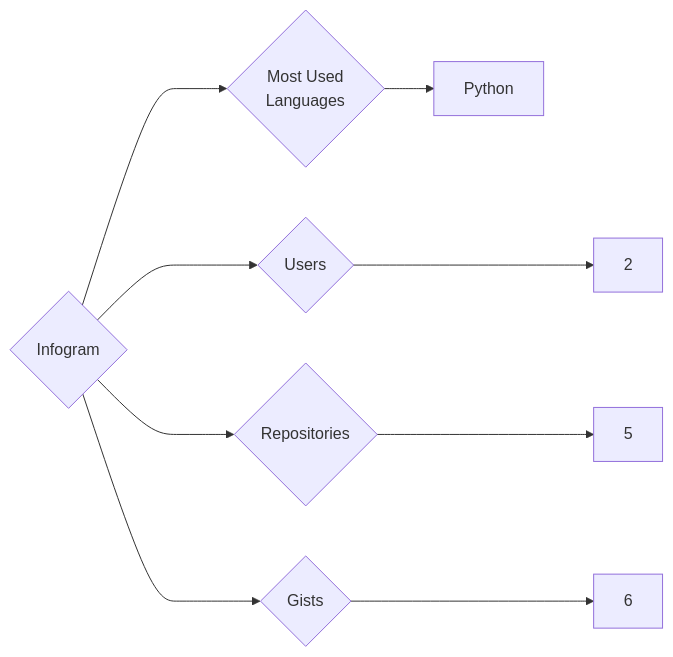
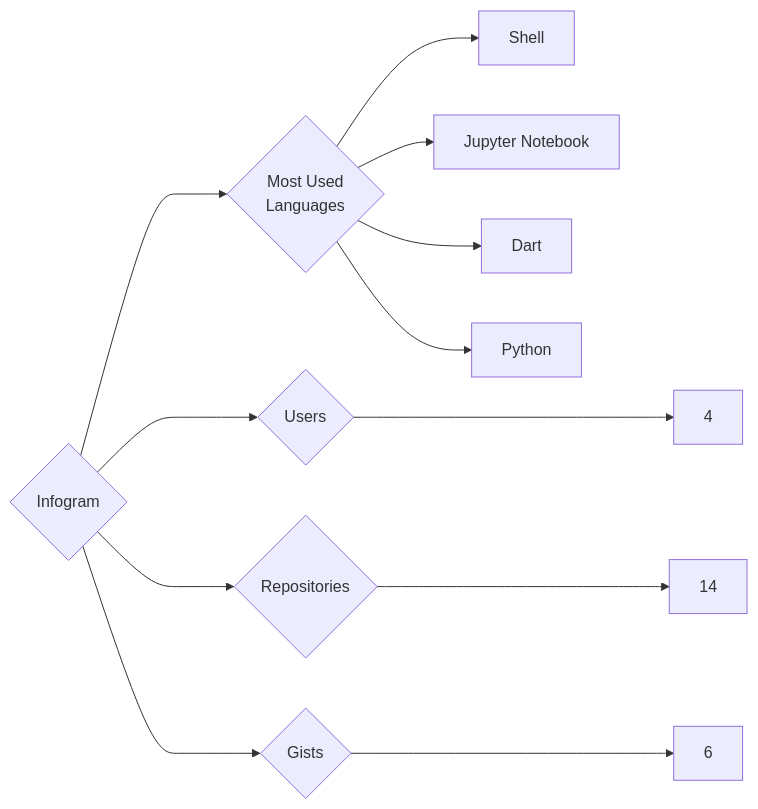
The diagram in targets/Infogram/README.md (trickest/insiders), drawn with Mermaid before and after one commit. The commit also changed 942 other files, not shown here.

````diff
--- a/targets/Infogram/README.md
+++ b/targets/Infogram/README.md
@@ -3,9 +3,12 @@
 ```mermaid
 graph LR
 COMPANY_NAME{Infogram}
-COMPANY_NAME ---> U{Users} ---> UN[2]
-COMPANY_NAME ---> R{Repositories} ---> RN[5]
+COMPANY_NAME ---> U{Users} ---> UN[4]
+COMPANY_NAME ---> R{Repositories} ---> RN[14]
 COMPANY_NAME ---> G{Gists} ---> GN[6]
 COMPANY_NAME ---> ML{Most Used<br>Languages}
+ML --> Shell[Shell]
+ML --> Jupyter_Notebook[Jupyter Notebook]
+ML --> Dart[Dart]
 ML --> Python[Python]
 ```
````
